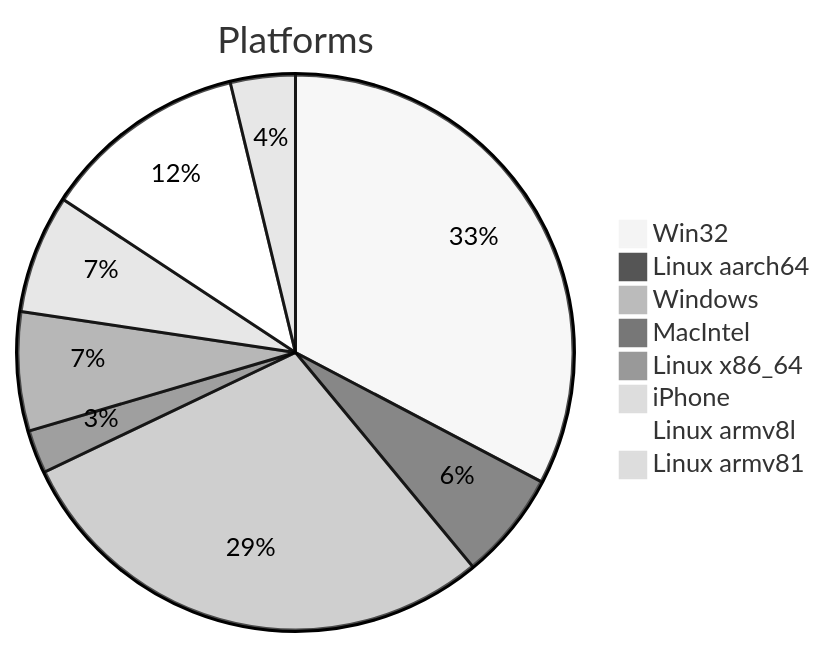
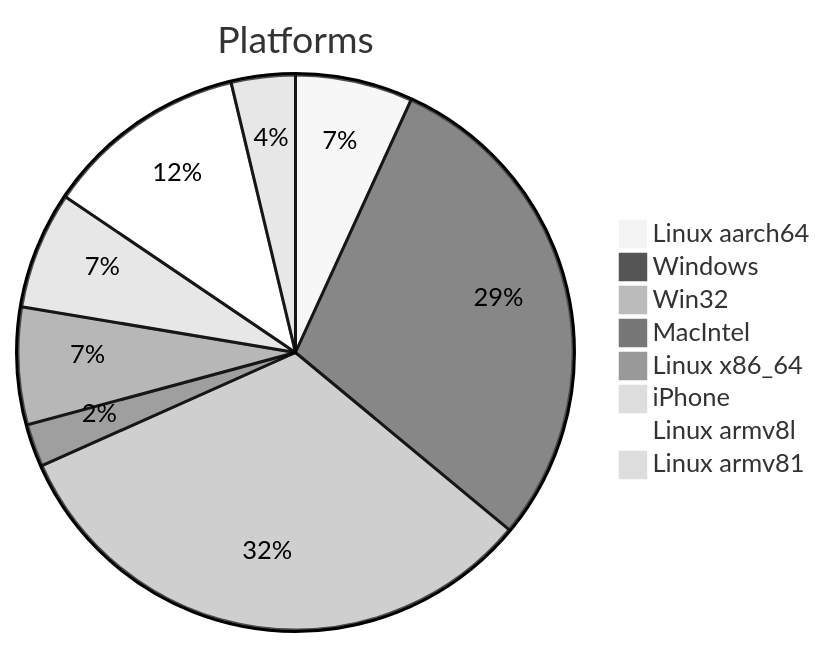
Before and after one commit to Krugou/socials: the first of 2 diagrams in DATA_REPORT.md, drawn with Mermaid (neutral theme). The commit also changed other lines of this file and 2 other files, not shown here.

````diff
--- a/DATA_REPORT.md
+++ b/DATA_REPORT.md
@@ -9,11 +9,11 @@
 ```mermaid
 pie title Platforms
+    "Linux aarch64" : 11
+    "Windows" : 47
     "Win32" : 52
-    "Linux aarch64" : 10
-    "Windows" : 46
     "MacIntel" : 4
     "Linux x86_64" : 11
     "iPhone" : 11
     "Linux armv8l" : 19
     "Linux armv81" : 6
 ```
````
